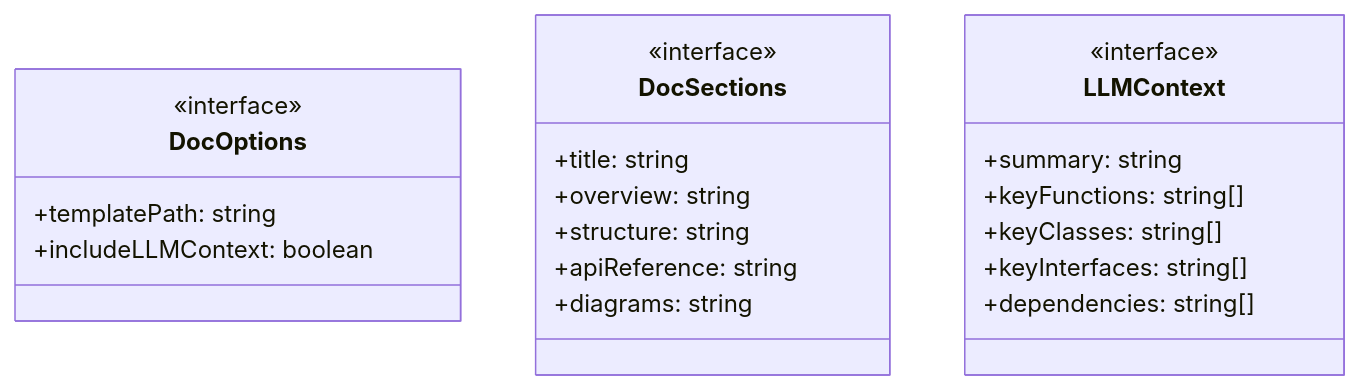
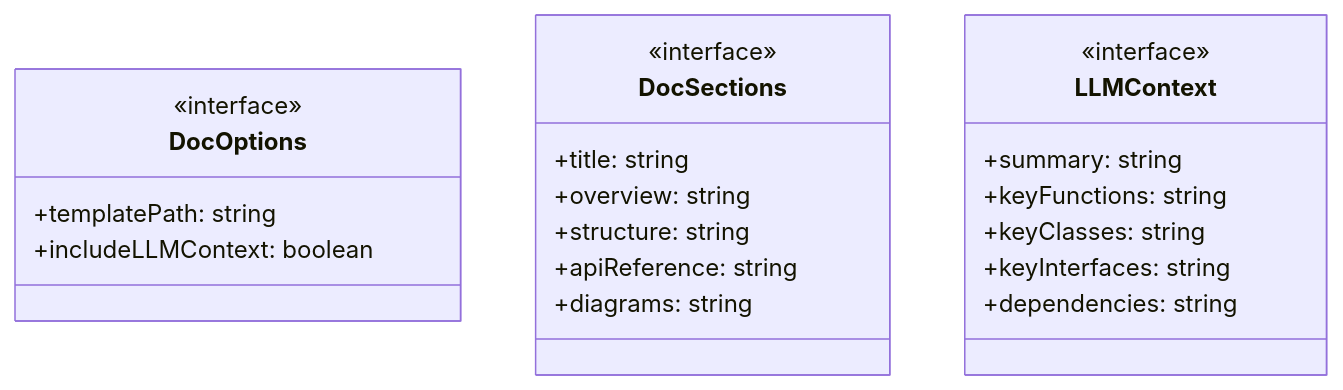
One commit to Mekann2904/mekann changed the first of 2 diagrams in ABDD/.pi/extensions/code-structure-analyzer/tools/generate-doc.md. Above: the diagram before and after it, drawn with Mermaid. The commit also changed other lines of this file and 174 other files, not shown here.

First line of the commit message:
fix(docs): ABDDのMermaid図生成エラーを修正する

````diff
--- a/ABDD/.pi/extensions/code-structure-analyzer/tools/generate-doc.md
+++ b/ABDD/.pi/extensions/code-structure-analyzer/tools/generate-doc.md
@@ -36,24 +36,24 @@
 ```mermaid
 classDiagram
   class DocOptions {
     <<interface>>
     +templatePath: string
     +includeLLMContext: boolean
   }
   class DocSections {
     <<interface>>
     +title: string
     +overview: string
     +structure: string
     +apiReference: string
     +diagrams: string
   }
   class LLMContext {
     <<interface>>
     +summary: string
-    +keyFunctions: string[]
-    +keyClasses: string[]
-    +keyInterfaces: string[]
-    +dependencies: string[]
+    +keyFunctions: string
+    +keyClasses: string
+    +keyInterfaces: string
+    +dependencies: string
   }
 ```
````
